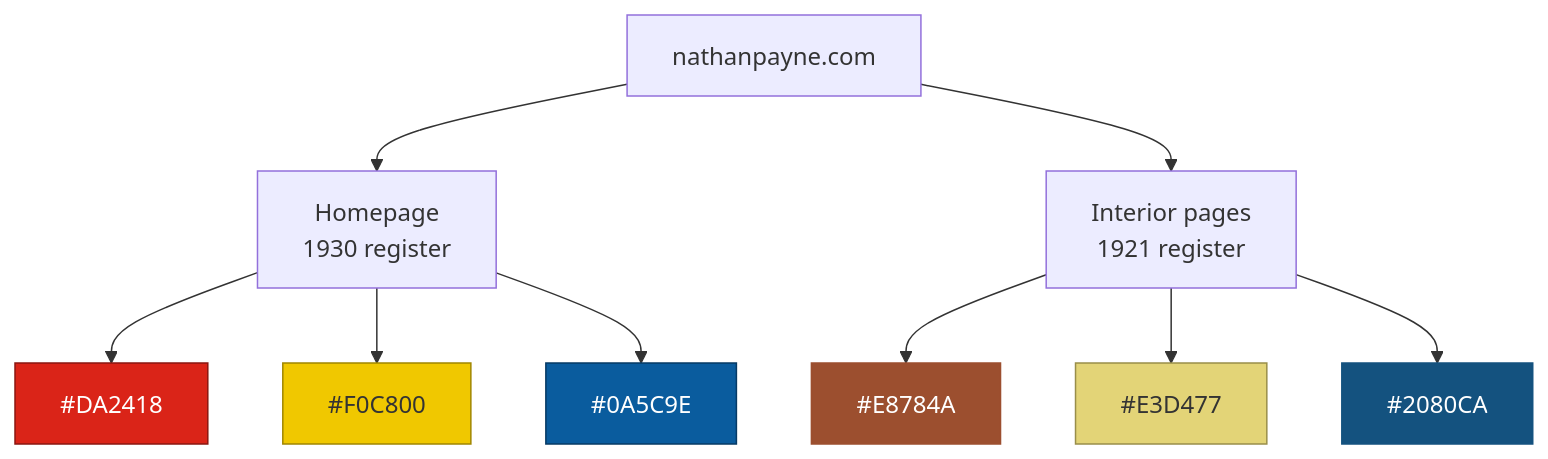
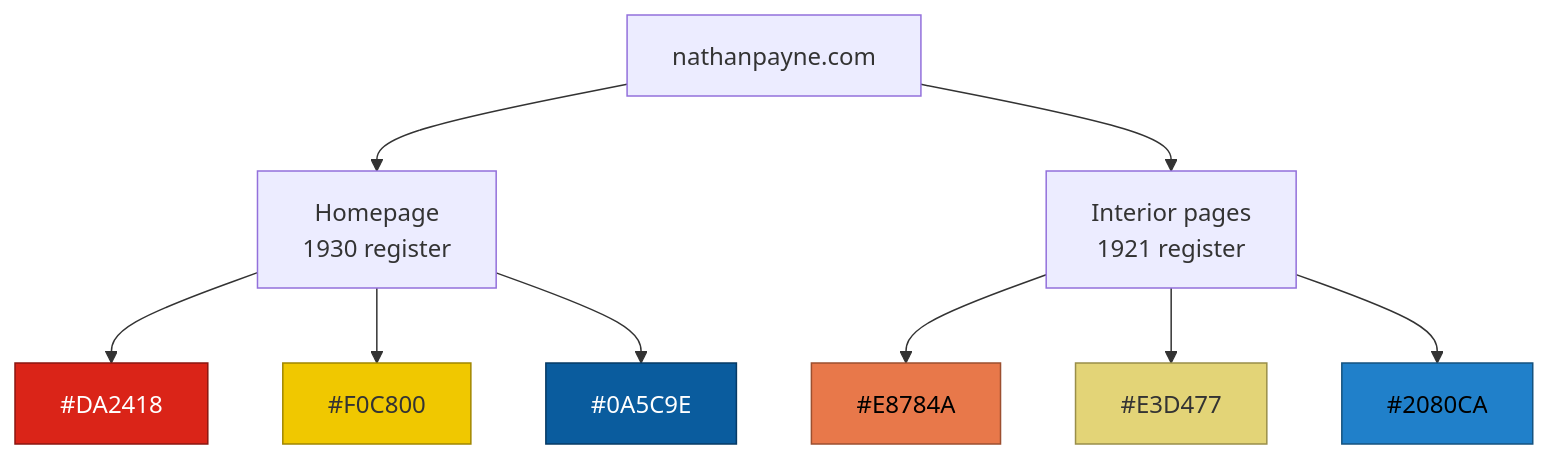
The second of 2 diagrams in src/content/blog/two-blues-one-composition.md (nathanjohnpayne/nathanpaynedotcom), drawn with Mermaid before and after one commit. The commit also changed other lines of this file and 53 other files, not shown here.

First line of the commit message:
fix(mermaid): close accessibility hardening follow-ups (#765)

````diff
--- a/src/content/blog/two-blues-one-composition.md
+++ b/src/content/blog/two-blues-one-composition.md
@@ -140,17 +140,17 @@
 ```mermaid title="Two palette registers across one site" description="Nathanpayne.com branches into a high-chroma 1930 register for the homepage and a softer 1921 register for interior pages, with distinct red, yellow, and blue values in each."
 graph TD
     SITE["nathanpayne.com"] --> HOME["Homepage<br/>1930 register"]
     SITE --> INT["Interior pages<br/>1921 register"]
     HOME --> H1["#DA2418"]
     HOME --> H2["#F0C800"]
     HOME --> H3["#0A5C9E"]
     INT --> I1["#E8784A"]
     INT --> I2["#E3D477"]
     INT --> I3["#2080CA"]
     style H1 fill:#DA2418,stroke:#8a1610,color:#fff
     style H2 fill:#F0C800,stroke:#a08600,color:#333
     style H3 fill:#0A5C9E,stroke:#063a64,color:#fff
-    style I1 fill:#9c4f2f,stroke:#9c4f2f,color:#fff
+    style I1 fill:#E8784A,stroke:#9c4f2f,color:#000
     style I2 fill:#E3D477,stroke:#998e4a,color:#333
-    style I3 fill:#14527f,stroke:#14527f,color:#fff
+    style I3 fill:#2080CA,stroke:#14527f,color:#000
 ```
````
